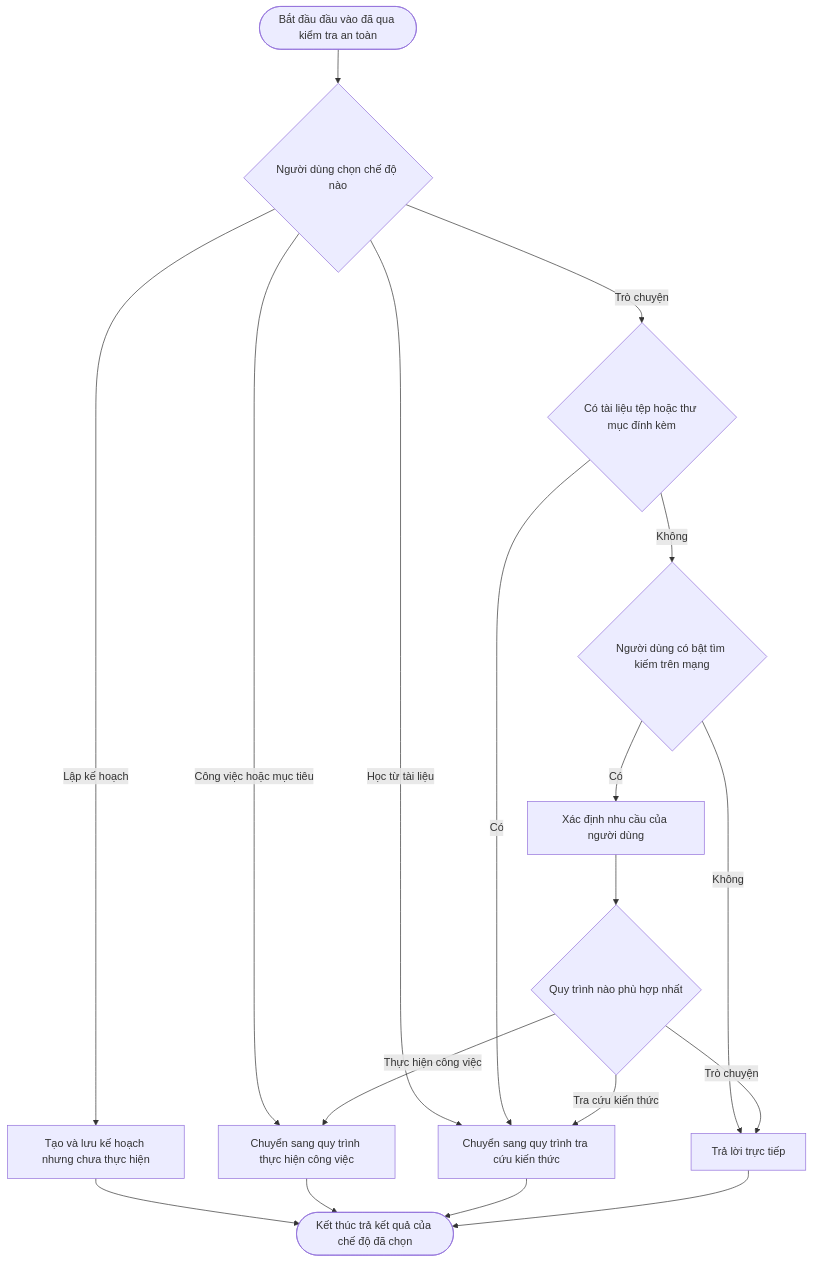
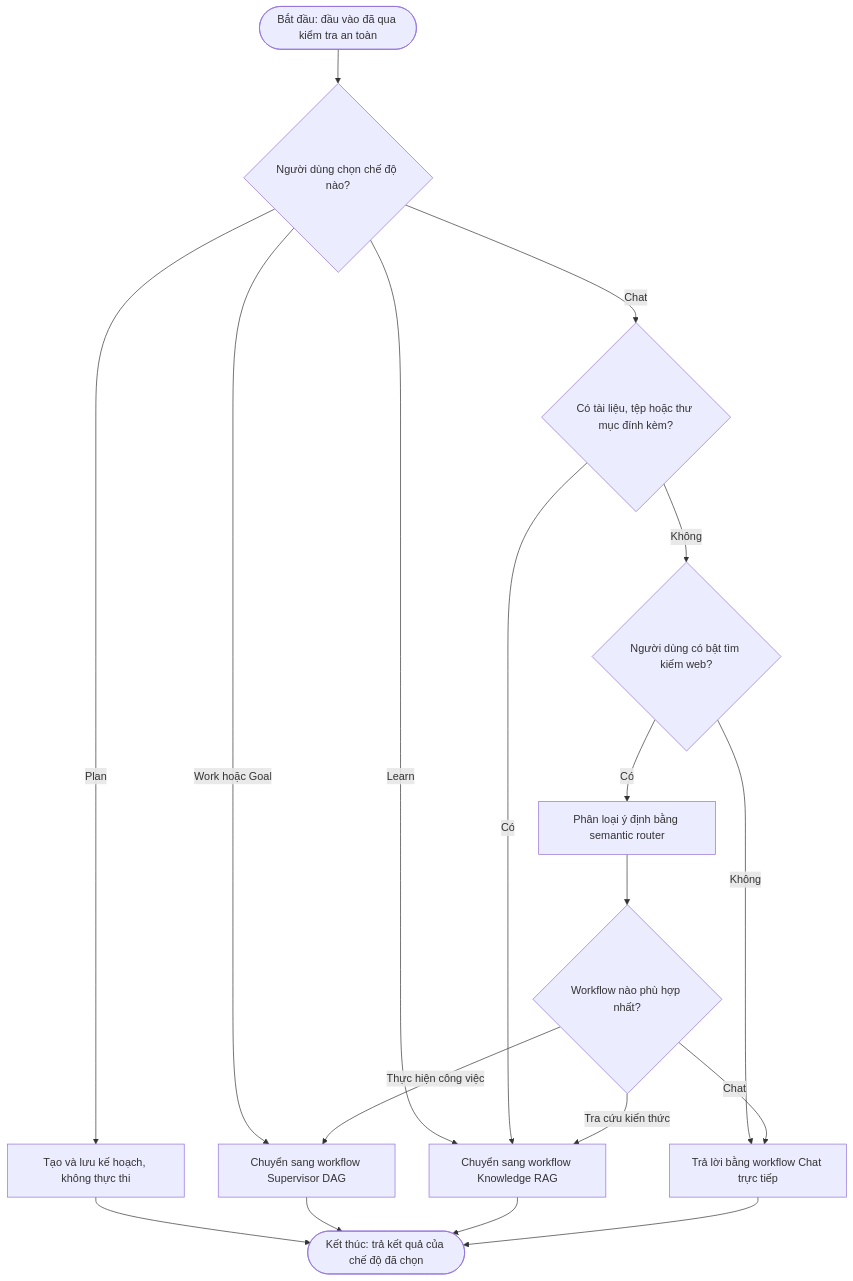
Before and after one commit to MinTruqday/dl: the third of 10 diagrams in agentic_ai_workflow_and_architecture_guide_3.md, drawn with Mermaid. The commit also changed other lines of this file and 78 other files, not shown here.

````diff
--- a/agentic_ai_workflow_and_architecture_guide_3.md
+++ b/agentic_ai_workflow_and_architecture_guide_3.md
@@ -145,20 +101,20 @@
 ```mermaid
 flowchart TD
-    Start([Bắt đầu đầu vào đã qua kiểm tra an toàn]) --> WhichMode{Người dùng chọn chế độ nào}
-    WhichMode -->|Lập kế hoạch| MakePlan[Tạo và lưu kế hoạch nhưng chưa thực hiện]
-    WhichMode -->|Công việc hoặc mục tiêu| RunSupervisor[Chuyển sang quy trình thực hiện công việc]
-    WhichMode -->|Học từ tài liệu| RunKnowledge[Chuyển sang quy trình tra cứu kiến thức]
-    WhichMode -->|Trò chuyện| HasAttachment{Có tài liệu tệp hoặc thư mục đính kèm}
+    Start([Bắt đầu: đầu vào đã qua kiểm tra an toàn]) --> WhichMode{Người dùng chọn chế độ nào?}
+    WhichMode -->|Plan| MakePlan[Tạo và lưu kế hoạch, không thực thi]
+    WhichMode -->|Work hoặc Goal| RunSupervisor[Chuyển sang workflow Supervisor DAG]
+    WhichMode -->|Learn| RunKnowledge[Chuyển sang workflow Knowledge RAG]
+    WhichMode -->|Chat| HasAttachment{Có tài liệu, tệp hoặc thư mục đính kèm?}
     HasAttachment -->|Có| RunKnowledge
-    HasAttachment -->|Không| UseWeb{Người dùng có bật tìm kiếm trên mạng}
-    UseWeb -->|Không| RunDirect[Trả lời trực tiếp]
-    UseWeb -->|Có| ClassifyIntent[Xác định nhu cầu của người dùng]
-    ClassifyIntent --> BestFlow{Quy trình nào phù hợp nhất}
-    BestFlow -->|Trò chuyện| RunDirect
+    HasAttachment -->|Không| UseWeb{Người dùng có bật tìm kiếm web?}
+    UseWeb -->|Không| RunDirect[Trả lời bằng workflow Chat trực tiếp]
+    UseWeb -->|Có| ClassifyIntent[Phân loại ý định bằng semantic router]
+    ClassifyIntent --> BestFlow{Workflow nào phù hợp nhất?}
+    BestFlow -->|Chat| RunDirect
     BestFlow -->|Tra cứu kiến thức| RunKnowledge
     BestFlow -->|Thực hiện công việc| RunSupervisor
-    MakePlan --> End([Kết thúc trả kết quả của chế độ đã chọn])
+    MakePlan --> End([Kết thúc: trả kết quả của chế độ đã chọn])
     RunSupervisor --> End
     RunKnowledge --> End
     RunDirect --> End
 ```
````
